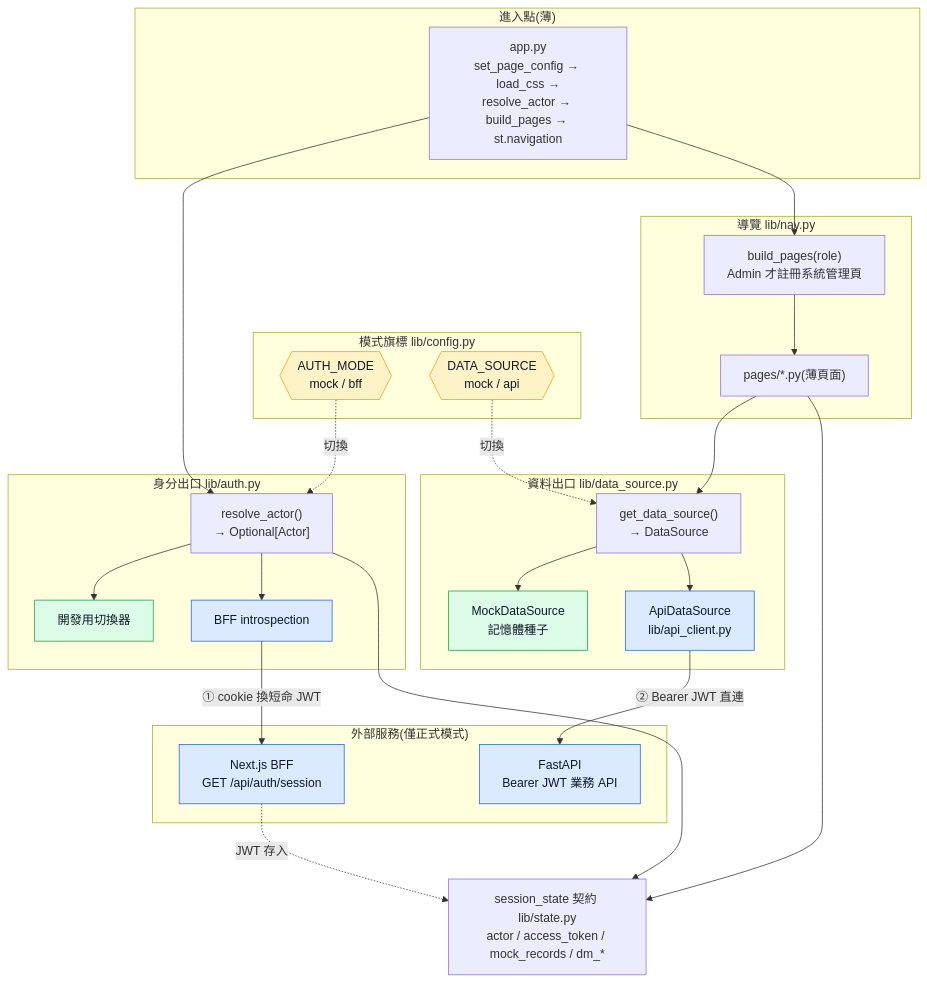
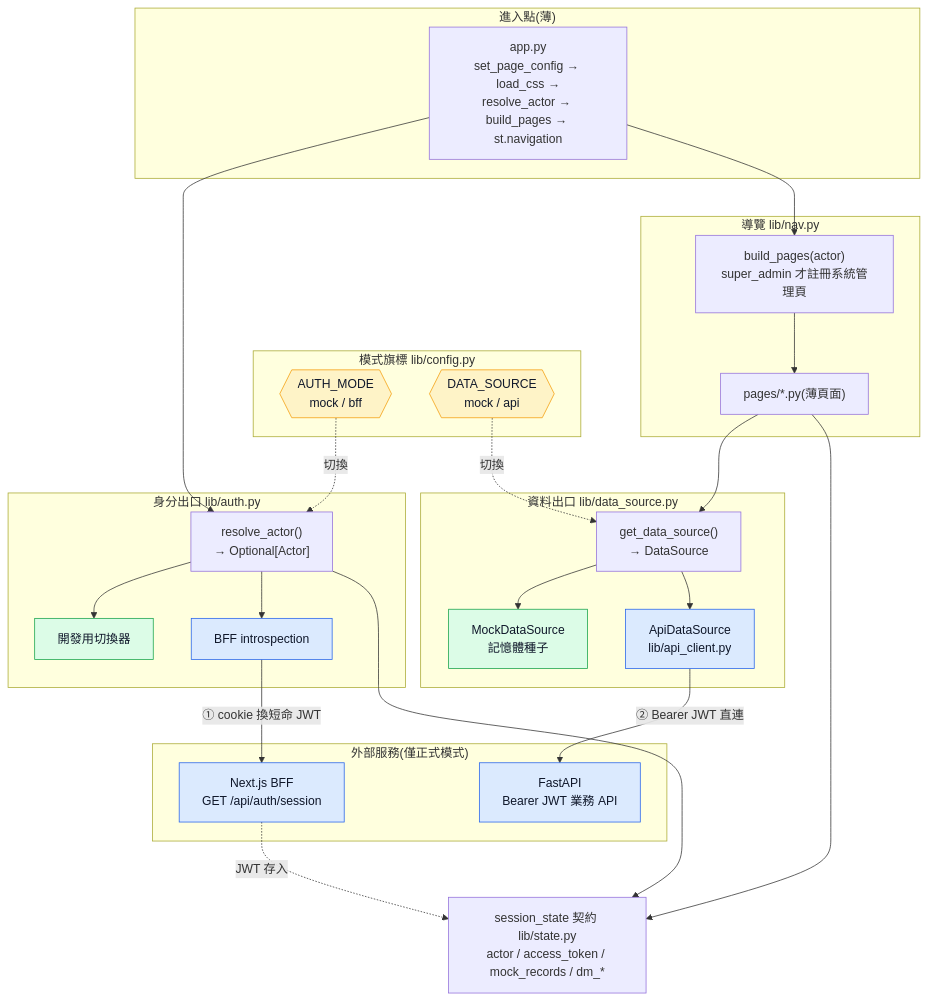
Before and after one commit to Yintc123/StreamSightStreamlit: the diagram in docs/specs/app-skeleton.md, drawn with Mermaid. The commit also changed other lines of this file and 7 other files, not shown here.

First line of the commit message:
feat(nav): 系統管理頁存取軸從「所有 grade」收緊為僅 super_admin

````diff
--- a/docs/specs/app-skeleton.md
+++ b/docs/specs/app-skeleton.md
@@ -26,62 +26,62 @@
 ```mermaid
 flowchart TB
     subgraph Entry["進入點(薄)"]
         APP["app.py<br/>set_page_config → load_css →<br/>resolve_actor → build_pages → st.navigation"]
     end
 
     subgraph Flags["模式旗標 lib/config.py"]
         AM{{"AUTH_MODE<br/>mock / bff"}}
         DS{{"DATA_SOURCE<br/>mock / api"}}
     end
 
     subgraph Nav["導覽 lib/nav.py"]
-        BP["build_pages(role)<br/>Admin 才註冊系統管理頁"]
+        BP["build_pages(actor)<br/>super_admin 才註冊系統管理頁"]
         PAGES["pages/*.py(薄頁面)"]
     end
 
     subgraph IdentityOut["身分出口 lib/auth.py"]
         RA["resolve_actor()<br/>→ Optional[Actor]"]
         SW["開發用切換器"]
         BFFC["BFF introspection"]
     end
 
     subgraph DataAccess["資料出口 lib/data_source.py"]
         GDS["get_data_source()<br/>→ DataSource"]
         MOCK["MockDataSource<br/>記憶體種子"]
         APICLIENT["ApiDataSource<br/>lib/api_client.py"]
     end
 
     SS["session_state 契約 lib/state.py<br/>actor / access_token / mock_records / dm_*"]
 
     subgraph External["外部服務(僅正式模式)"]
         NEXT["Next.js BFF<br/>GET /api/auth/session"]
         FASTAPI["FastAPI<br/>Bearer JWT 業務 API"]
     end
 
     APP --> RA
     APP --> BP
     BP --> PAGES
     PAGES --> GDS
 
     AM -. 切換 .-> RA
     DS -. 切換 .-> GDS
 
     RA --> SW
     RA --> BFFC
     BFFC -->|"① cookie 換短命 JWT"| NEXT
 
     GDS --> MOCK
     GDS --> APICLIENT
     APICLIENT -->|"② Bearer JWT 直連"| FASTAPI
 
     RA --> SS
     PAGES --> SS
     NEXT -. JWT 存入 .-> SS
 
     classDef mock fill:#dcfce7,stroke:#16a34a,color:#0f172a;
     classDef real fill:#dbeafe,stroke:#2563eb,color:#0f172a;
     classDef flag fill:#fef3c7,stroke:#f59e0b,color:#0f172a;
     class SW,MOCK mock;
     class BFFC,APICLIENT,NEXT,FASTAPI real;
     class AM,DS flag;
 ```
````
